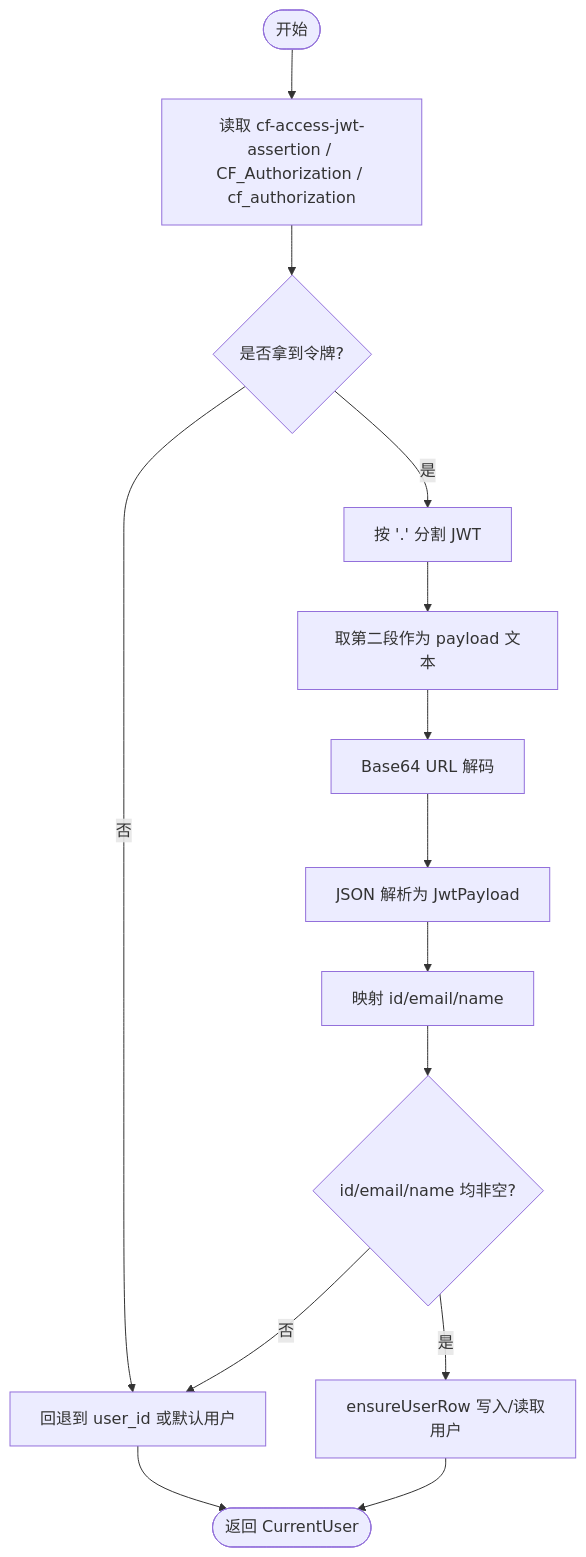
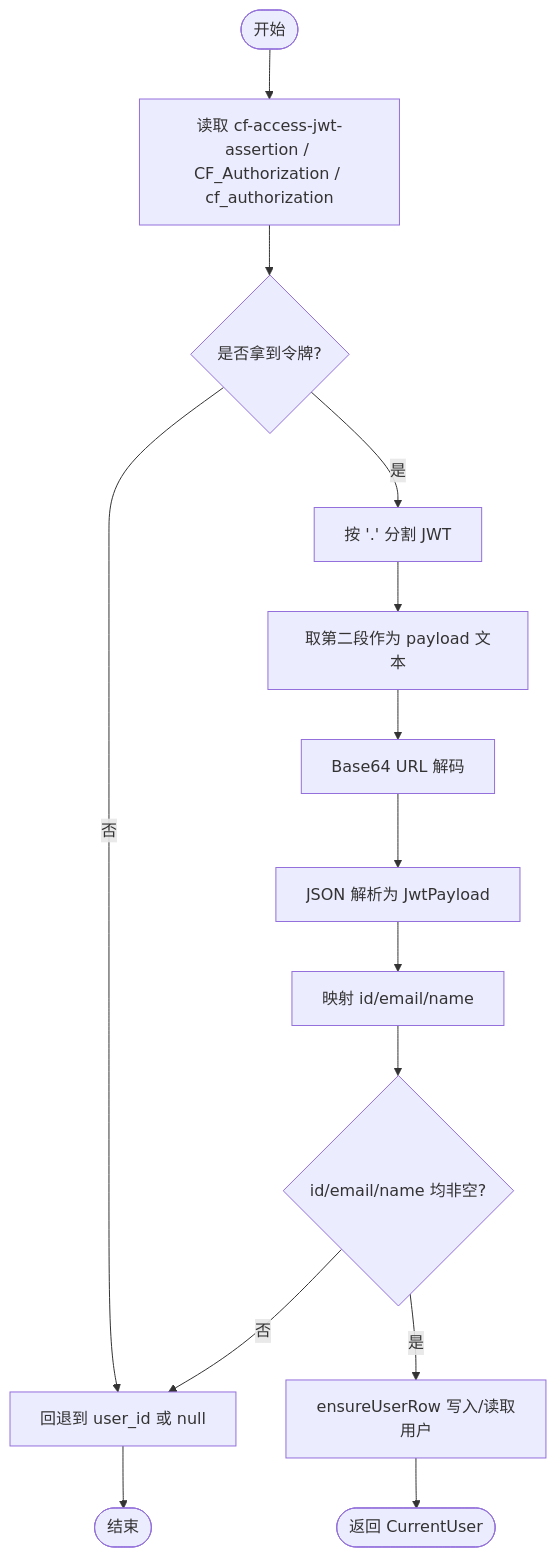
Before and after one commit to pnnh/weable: the third of 8 diagrams in .qoder/repowiki/zh/content/架构设计/认证架构设计/多源认证机制.md, drawn with Mermaid. The commit also changed other lines of this file and 161 other files, not shown here.

````diff
--- a/.qoder/repowiki/zh/content/架构设计/认证架构设计/多源认证机制.md
+++ b/.qoder/repowiki/zh/content/架构设计/认证架构设计/多源认证机制.md
@@ -138,16 +155,16 @@
 ```mermaid
 flowchart TD
 Start(["开始"]) --> ReadToken["读取 cf-access-jwt-assertion / CF_Authorization / cf_authorization"]
 ReadToken --> HasToken{"是否拿到令牌?"}
-HasToken --> |否| Fallback["回退到 user_id 或默认用户"]
+HasToken --> |否| Fallback["回退到 user_id 或 null"]
 HasToken --> |是| SplitJWT["按 '.' 分割 JWT"]
 SplitJWT --> ExtractPayload["取第二段作为 payload 文本"]
 ExtractPayload --> Decode["Base64 URL 解码"]
 Decode --> ParseJSON["JSON 解析为 JwtPayload"]
 ParseJSON --> MapFields["映射 id/email/name"]
 MapFields --> Validate{"id/email/name 均非空?"}
 Validate --> |否| Fallback
 Validate --> |是| EnsureUser["ensureUserRow 写入/读取用户"]
 EnsureUser --> Done(["返回 CurrentUser"])
-Fallback --> Done
+Fallback --> End(["结束"])
 ```
````
